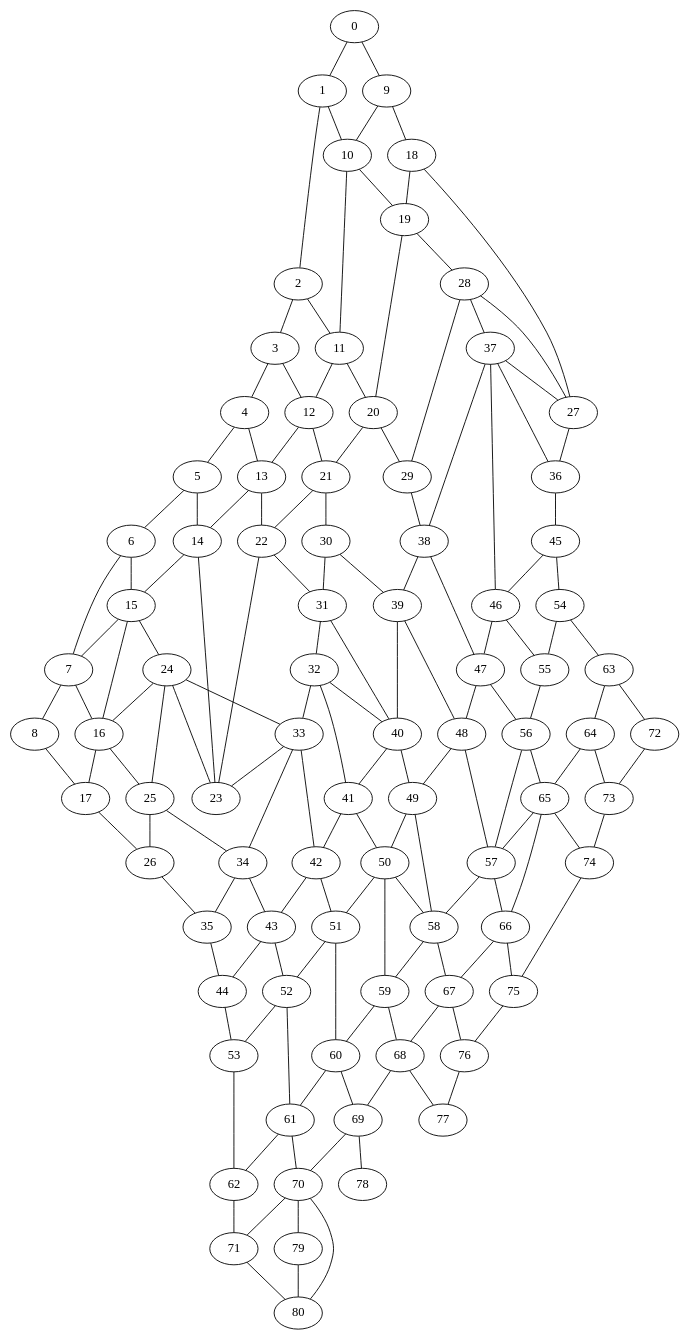
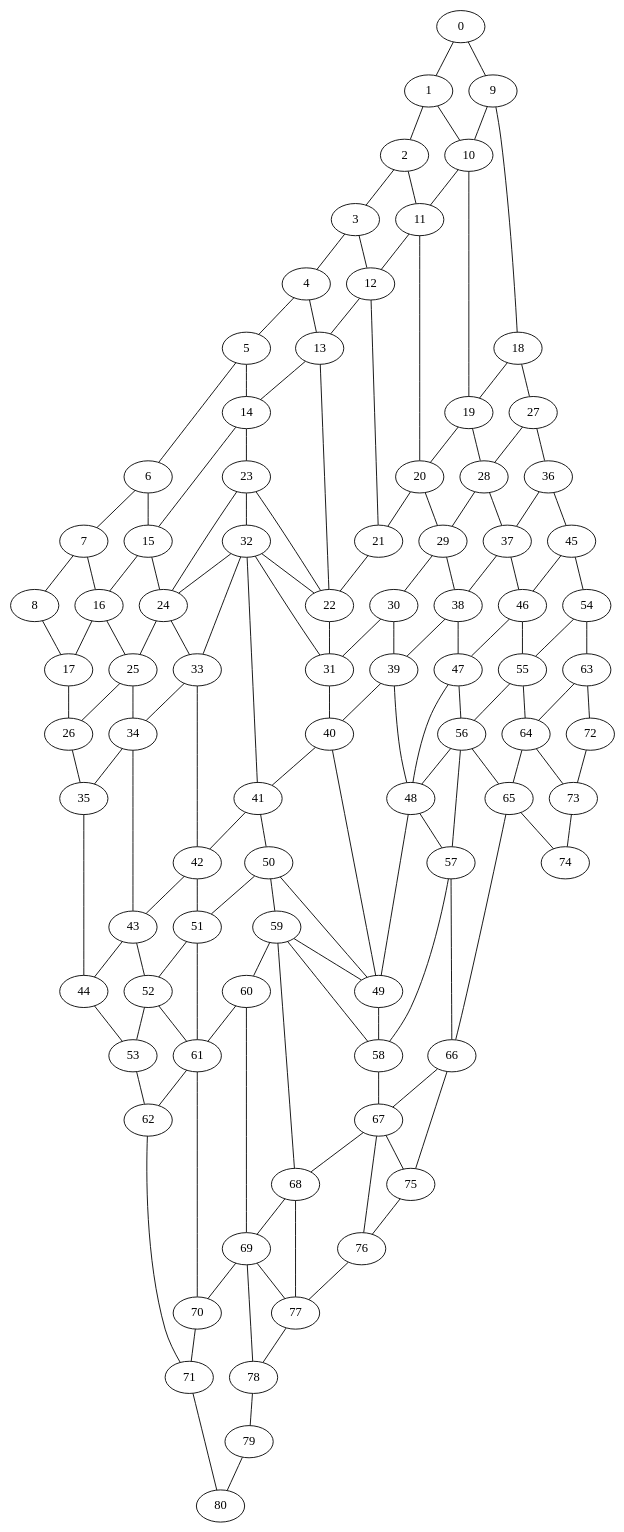
One commit to lorenzorizzi17/urban_network changed the diagram in fig/graph.dot. Above: the diagram before and after it, drawn with Graphviz. The commit also changed 7 other files, not shown here.

```diff
--- a/fig/graph.dot
+++ b/fig/graph.dot
@@ -120,10 +120,10 @@
 19--20 ;
 20--29 ;
 20--21 ;
-21--30 ;
 21--22 ;
 22--31 ;
 22--23 ;
+23--32 ;
 23--24 ;
 24--33 ;
 24--25 ;
@@ -135,6 +135,7 @@
 28--37 ;
 28--29 ;
 29--38 ;
+29--30 ;
 30--39 ;
 30--31 ;
 31--40 ;
@@ -175,13 +176,13 @@
 49--50 ;
 50--59 ;
 50--51 ;
-51--60 ;
 51--52 ;
 52--61 ;
 52--53 ;
 53--62 ;
 54--55 ;
 54--63 ;
+55--64 ;
 55--56 ;
 56--65 ;
 56--57 ;
@@ -210,21 +211,20 @@
 68--69 ;
 69--78 ;
 69--70 ;
-70--79 ;
 70--71 ;
 71--80 ;
 72--73 ;
 73--74 ;
-74--75 ;
 75--76 ;
 76--77 ;
+77--78 ;
+78--79 ;
 79--80 ;
-33--23 ;
-15--7 ;
-32--40 ;
-65--57 ;
-37--27 ;
-24--16 ;
-50--58 ;
-70--80 ;
+51--61 ;
+32--22 ;
+67--75 ;
+32--24 ;
+59--49 ;
+56--48 ;
+69--77 ;
 }
```
